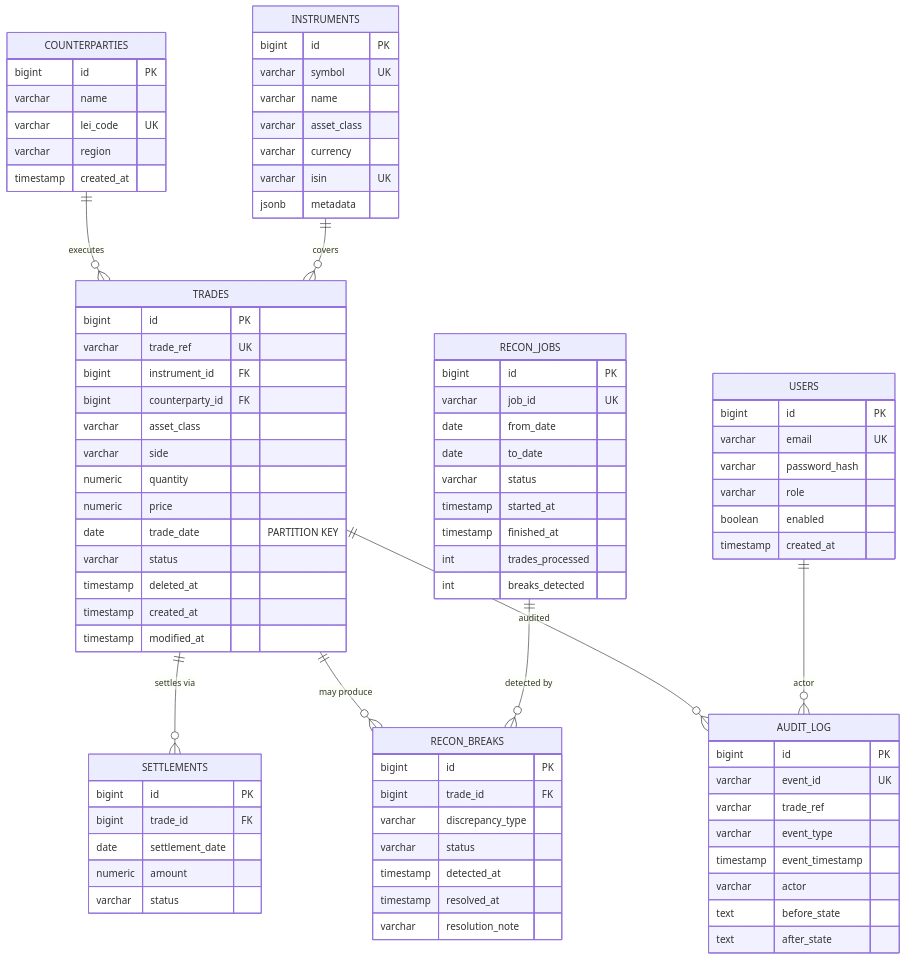
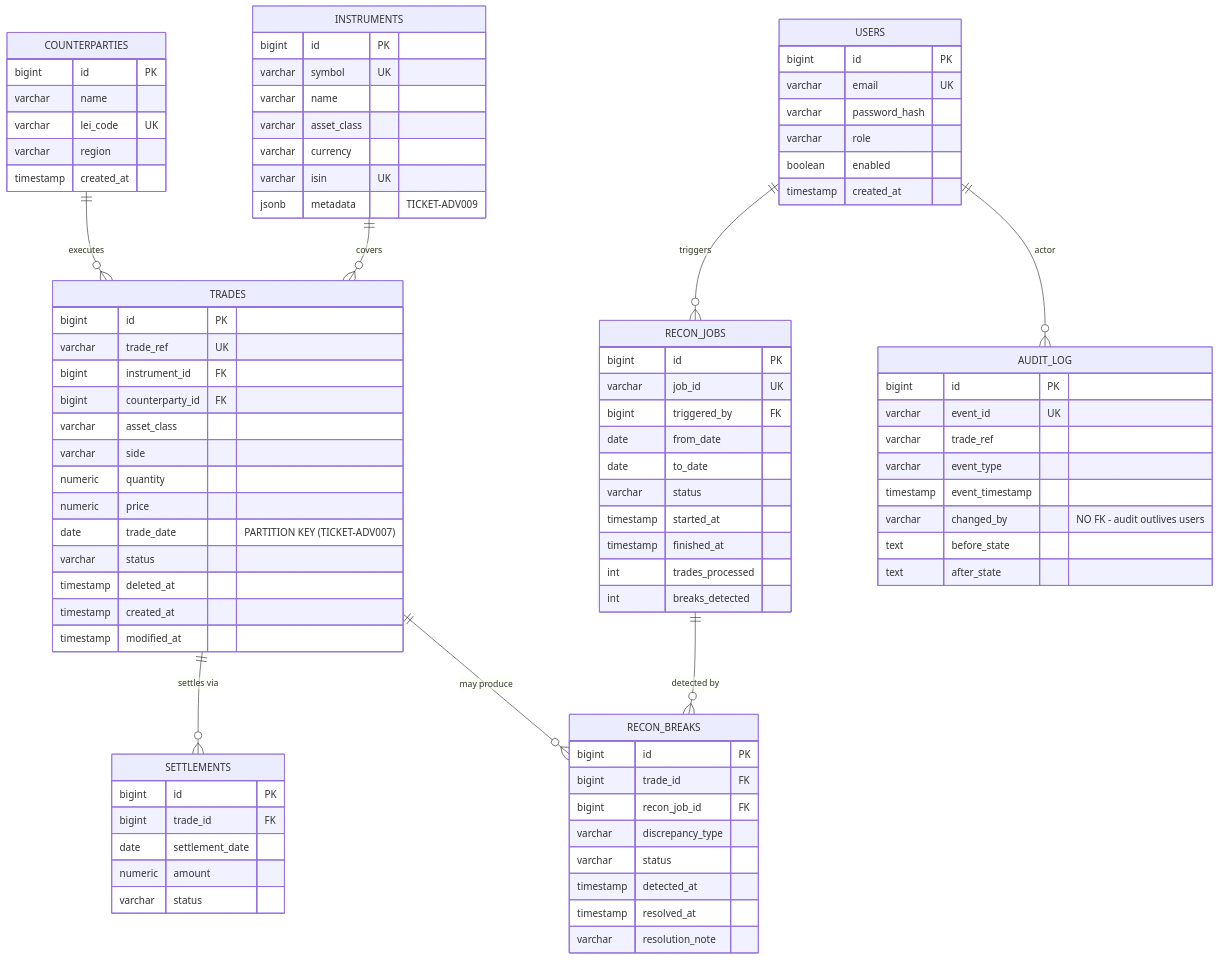
The diagram in db/diagrams/erd.md (tanmaychhatre11/db2026-reconX-cohort-4-grp-4), drawn with Mermaid before and after one commit. The commit also changed other lines of this file, not shown here.

Commit message:
fix: er diagram

```diff
--- a/db/diagrams/erd.md
+++ b/db/diagrams/erd.md
@@ -6,9 +6,9 @@
     INSTRUMENTS ||--o{ TRADES : "covers"
     TRADES ||--o{ SETTLEMENTS : "settles via"
     TRADES ||--o{ RECON_BREAKS : "may produce"
-    TRADES ||--o{ AUDIT_LOG : "audited"
+    RECON_JOBS ||--o{ RECON_BREAKS : "detected by"
+    USERS ||--o{ RECON_JOBS : "triggers"
     USERS ||--o{ AUDIT_LOG : "actor"
-    RECON_JOBS ||--o{ RECON_BREAKS : "detected by"
 
     COUNTERPARTIES {
         bigint id PK
@@ -25,7 +25,7 @@
         varchar asset_class
         varchar currency
         varchar isin UK
-        jsonb metadata
+        jsonb metadata "TICKET-ADV009"
     }
 
     TRADES {
@@ -37,7 +37,7 @@
         varchar side
         numeric quantity
         numeric price
-        date trade_date "PARTITION KEY"
+        date trade_date "PARTITION KEY (TICKET-ADV007)"
         varchar status
         timestamp deleted_at
         timestamp created_at
@@ -55,6 +55,7 @@
     RECON_BREAKS {
         bigint id PK
         bigint trade_id FK
+        bigint recon_job_id FK
         varchar discrepancy_type
         varchar status
         timestamp detected_at
@@ -65,6 +66,7 @@
     RECON_JOBS {
         bigint id PK
         varchar job_id UK
+        bigint triggered_by FK
         date from_date
         date to_date
         varchar status
@@ -80,7 +82,7 @@
         varchar trade_ref
         varchar event_type
         timestamp event_timestamp
-        varchar actor
+        varchar changed_by "NO FK - audit outlives users"
         text before_state
         text after_state
     }
```
